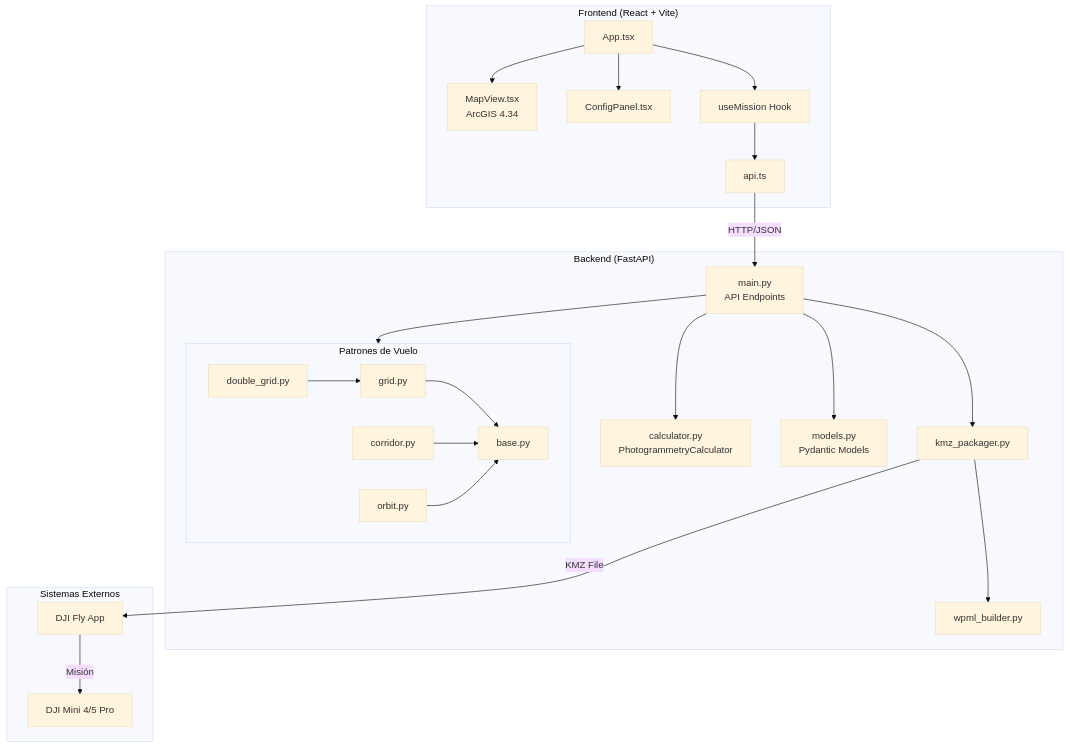
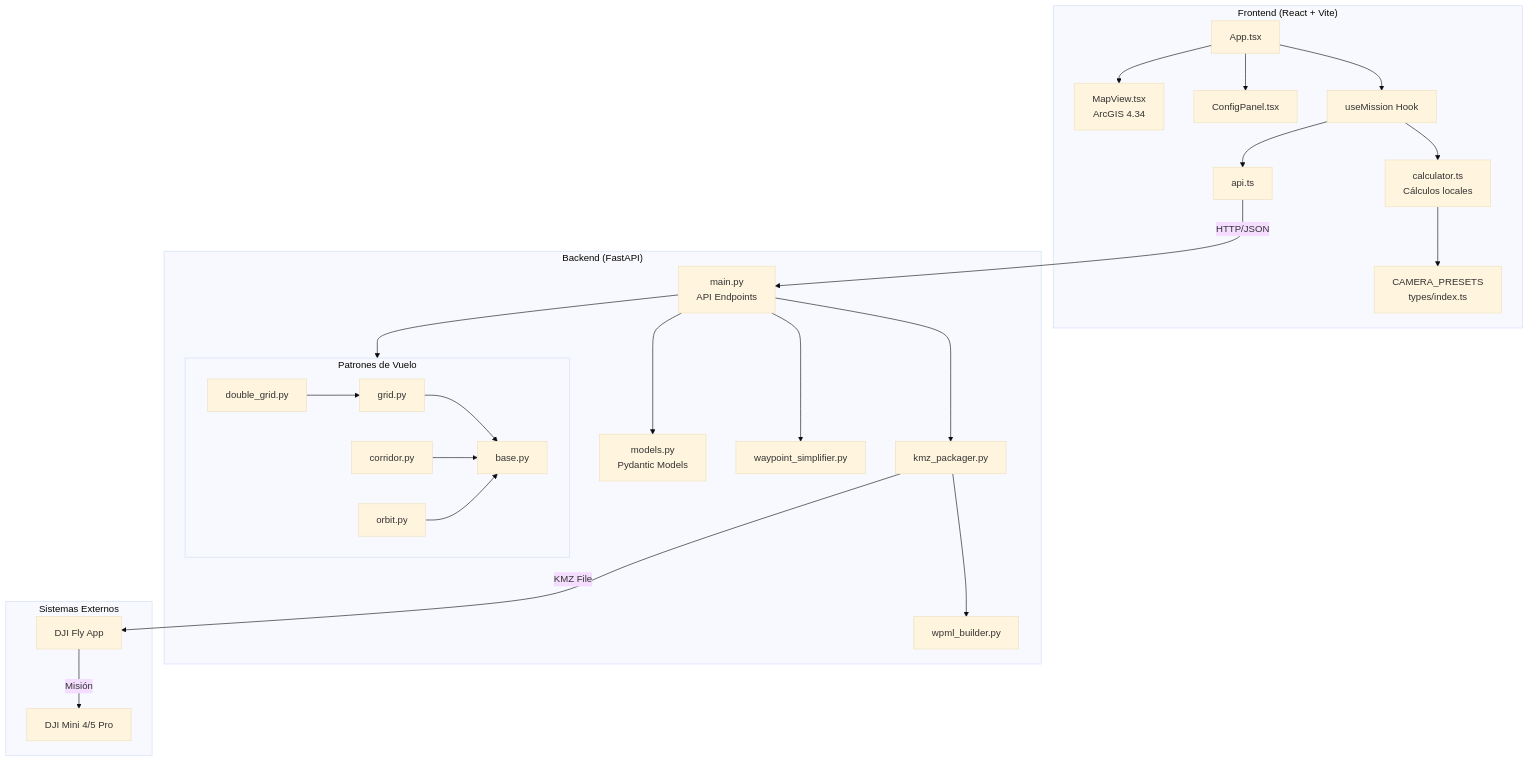
Before and after one commit to geoai-latam/WaypointsDJI: the first of 20 diagrams in geoflight/README.md, drawn with Mermaid (base theme). The commit also changed other lines of this file and 2 other files, not shown here.

````diff
--- a/geoflight/README.md
+++ b/geoflight/README.md
@@ -35,53 +35,57 @@
 ```mermaid
 flowchart TB
     subgraph Frontend["Frontend (React + Vite)"]
         App[App.tsx]
         MapView[MapView.tsx<br/>ArcGIS 4.34]
         ConfigPanel[ConfigPanel.tsx]
         useMission[useMission Hook]
+        Calculator[calculator.ts<br/>Cálculos locales]
+        CameraPresets[CAMERA_PRESETS<br/>types/index.ts]
         ApiService[api.ts]
     end
 
     subgraph Backend["Backend (FastAPI)"]
         Main[main.py<br/>API Endpoints]
-        Calculator[calculator.py<br/>PhotogrammetryCalculator]
         Models[models.py<br/>Pydantic Models]
 
         subgraph Patterns["Patrones de Vuelo"]
             Base[base.py]
             Grid[grid.py]
             DoubleGrid[double_grid.py]
             Corridor[corridor.py]
             Orbit[orbit.py]
         end
 
+        Simplifier[waypoint_simplifier.py]
         WPMLBuilder[wpml_builder.py]
         KMZPackager[kmz_packager.py]
     end
 
     subgraph External["Sistemas Externos"]
         DJIFly[DJI Fly App]
         Drone[DJI Mini 4/5 Pro]
     end
 
     App --> MapView
     App --> ConfigPanel
     App --> useMission
+    useMission --> Calculator
+    Calculator --> CameraPresets
     useMission --> ApiService
     ApiService -->|HTTP/JSON| Main
 
-    Main --> Calculator
     Main --> Models
     Main --> Patterns
+    Main --> Simplifier
     Main --> KMZPackager
 
     KMZPackager --> WPMLBuilder
 
     Grid --> Base
     DoubleGrid --> Grid
     Corridor --> Base
     Orbit --> Base
 
     KMZPackager -->|KMZ File| DJIFly
     DJIFly -->|Misión| Drone
 ```
````
